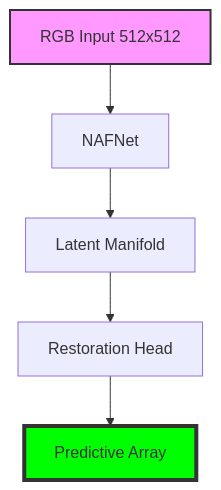
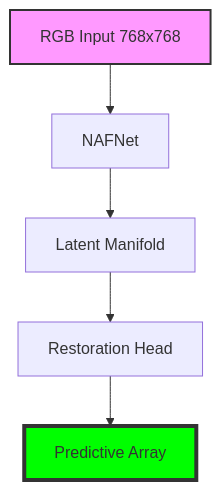
One commit to lemgenda/lemgendary-pretrained-models changed the diagram in nafnet_debluring/README.md. Above: the diagram before and after it, drawn with Mermaid. The commit also changed other lines of this file and 7 other files, not shown here.

````diff
--- a/nafnet_debluring/README.md
+++ b/nafnet_debluring/README.md
@@ -17,10 +17,10 @@
 ```mermaid
 graph TD
-    Input[RGB Input 512x512] --> Backbone[NAFNet]
+    Input[RGB Input 768x768] --> Backbone[NAFNet]
     Backbone --> Manifold[Latent Manifold]
     Manifold --> Head[Restoration Head]
     Head --> Output[Predictive Array]
     
     style Input fill:#f9f,stroke:#333,stroke-width:2px
     style Output fill:#00ff00,stroke:#333,stroke-width:4px
 ```
````
